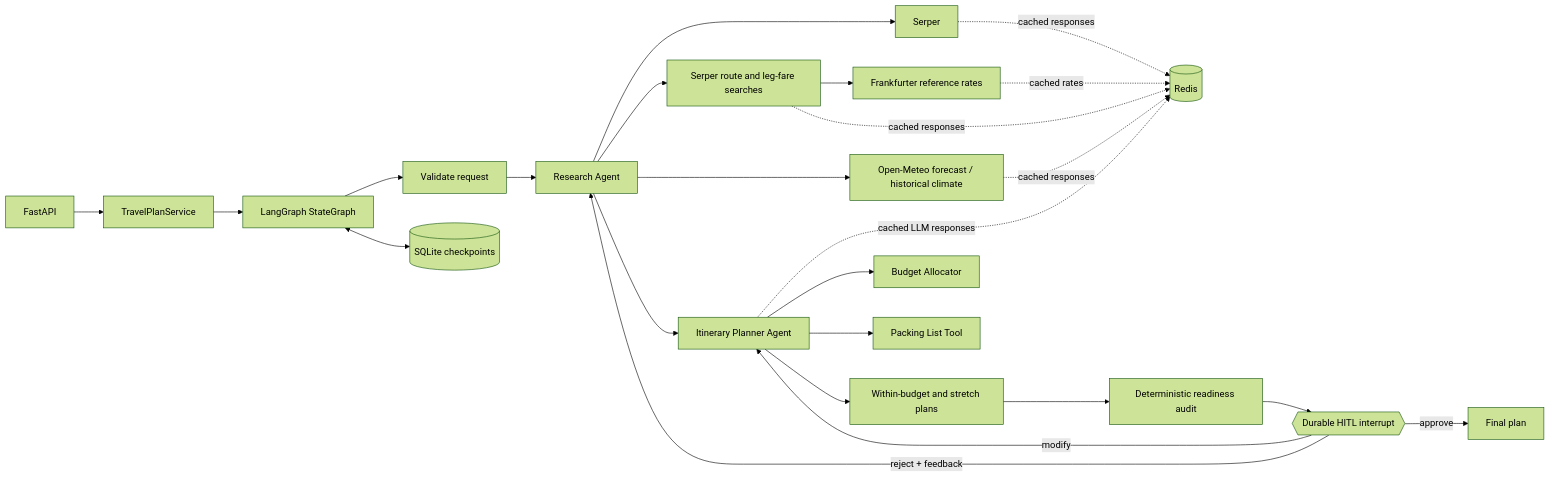
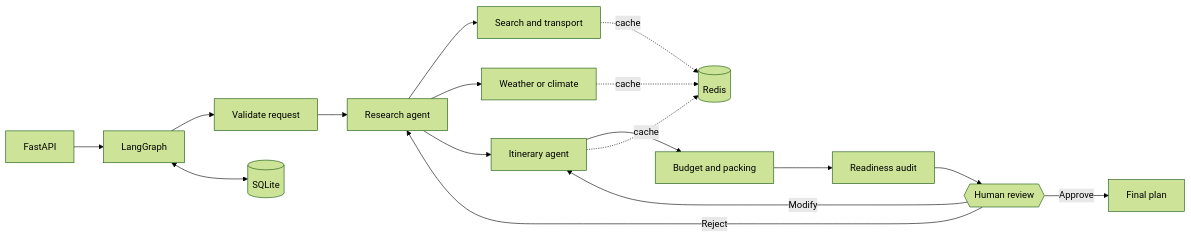
The diagram in README.md (Deltan2002/TravelPlannerAgent), drawn with Mermaid (forest theme) before and after one commit. The commit also changed other lines of this file, not shown here.

````diff
--- a/README.md
+++ b/README.md
@@ -16,26 +23,19 @@
-```mermaid
+~~~mermaid
 flowchart LR
-    API[FastAPI] --> SVC[TravelPlanService]
-    SVC --> GRAPH[LangGraph StateGraph]
+    API[FastAPI] --> GRAPH[LangGraph]
     GRAPH --> VALIDATE[Validate request]
-    VALIDATE --> RESEARCH[Research Agent]
-    RESEARCH --> WS[Serper]
-    RESEARCH --> TRANSPORT[Serper route and leg-fare searches]
-    TRANSPORT --> FX[Frankfurter reference rates]
-    RESEARCH --> WEATHER[Open-Meteo forecast / historical climate]
-    WS -. cached responses .-> REDIS[(Redis)]
-    TRANSPORT -. cached responses .-> REDIS
-    FX -. cached rates .-> REDIS
-    WEATHER -. cached responses .-> REDIS
-    RESEARCH --> PLANNER[Itinerary Planner Agent]
-    PLANNER -. cached LLM responses .-> REDIS
-    PLANNER --> BUDGET[Budget Allocator]
-    PLANNER --> PACKING[Packing List Tool]
-    PLANNER --> OPTIONS[Within-budget and stretch plans]
-    OPTIONS --> AUDIT[Deterministic readiness audit]
-    AUDIT --> REVIEW{{Durable HITL interrupt}}
-    REVIEW -->|approve| FINAL[Final plan]
-    REVIEW -->|reject + feedback| RESEARCH
-    REVIEW -->|modify| PLANNER
-    GRAPH <--> SQLITE[(SQLite checkpoints)]
-```
+    VALIDATE --> RESEARCH[Research agent]
+    RESEARCH --> SEARCH[Search and transport]
+    RESEARCH --> WEATHER[Weather or climate]
+    RESEARCH --> PLAN[Itinerary agent]
+    PLAN --> TOOLS[Budget and packing]
+    TOOLS --> AUDIT[Readiness audit]
+    AUDIT --> REVIEW{{Human review}}
+    REVIEW -->|Approve| FINAL[Final plan]
+    REVIEW -->|Reject| RESEARCH
+    REVIEW -->|Modify| PLAN
+    GRAPH <--> SQLITE[(SQLite)]
+    SEARCH -. cache .-> REDIS[(Redis)]
+    WEATHER -. cache .-> REDIS
+    PLAN -. cache .-> REDIS
+~~~
````
